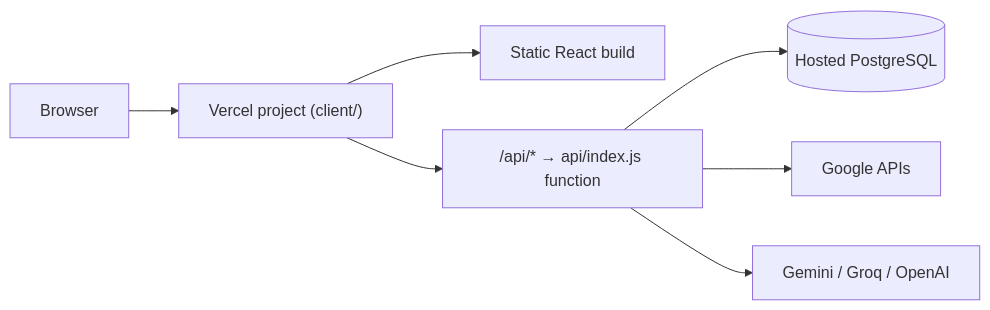
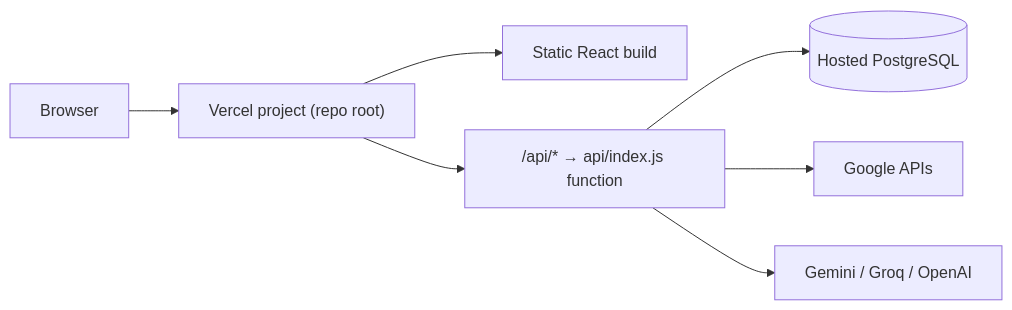
One commit to derko510/Calendar-AI changed the sixth of 6 diagrams in docs/system-design.md. Above: the diagram before and after it, drawn with Mermaid. The commit also changed other lines of this file and 71 other files, not shown here.

First line of the commit message:
Flatten the project to the repo root and drop serverless-incompatible code

````diff
--- a/docs/system-design.md
+++ b/docs/system-design.md
@@ -177,9 +175,9 @@
 ```mermaid
 flowchart LR
-  Browser --> V["Vercel project (client/)"]
+  Browser --> V["Vercel project (repo root)"]
   V --> VC[Static React build]
   V --> VS["/api/* → api/index.js function"]
   VS --> PG[(Hosted PostgreSQL)]
   VS --> GAPI[Google APIs]
   VS --> LLMs[Gemini / Groq / OpenAI]
 ```
````
